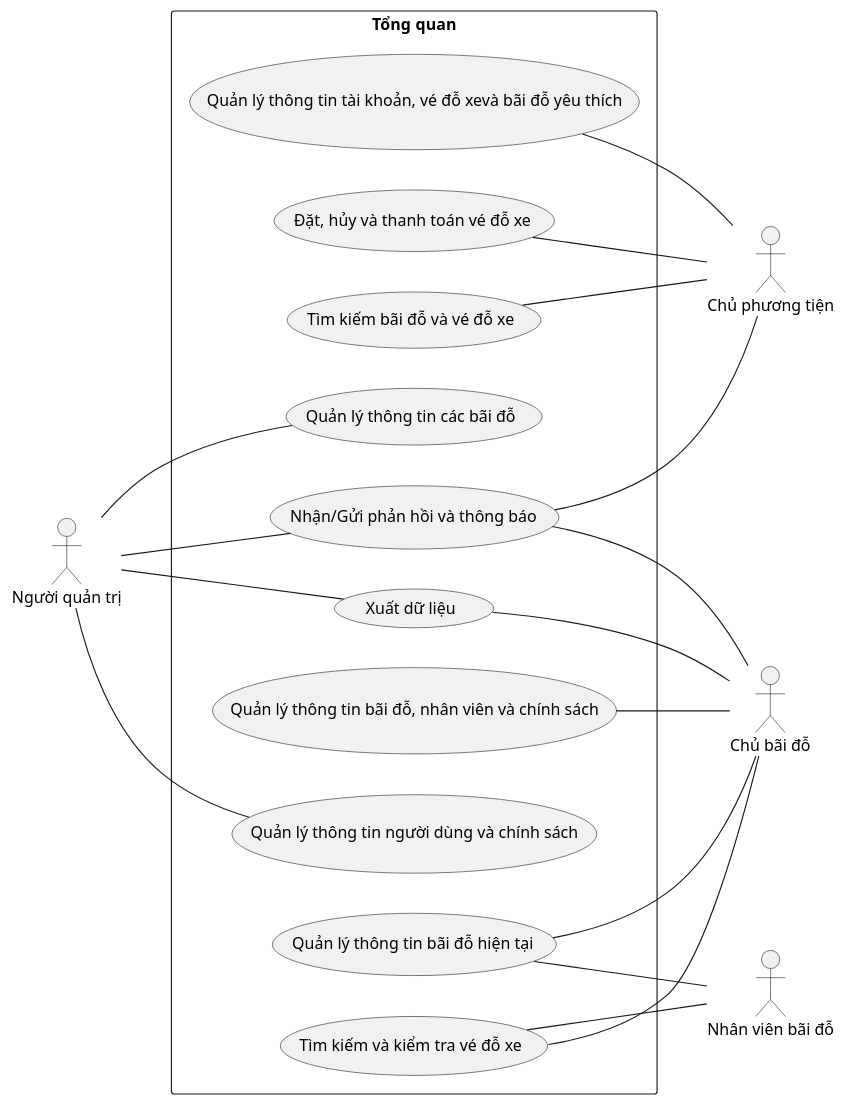
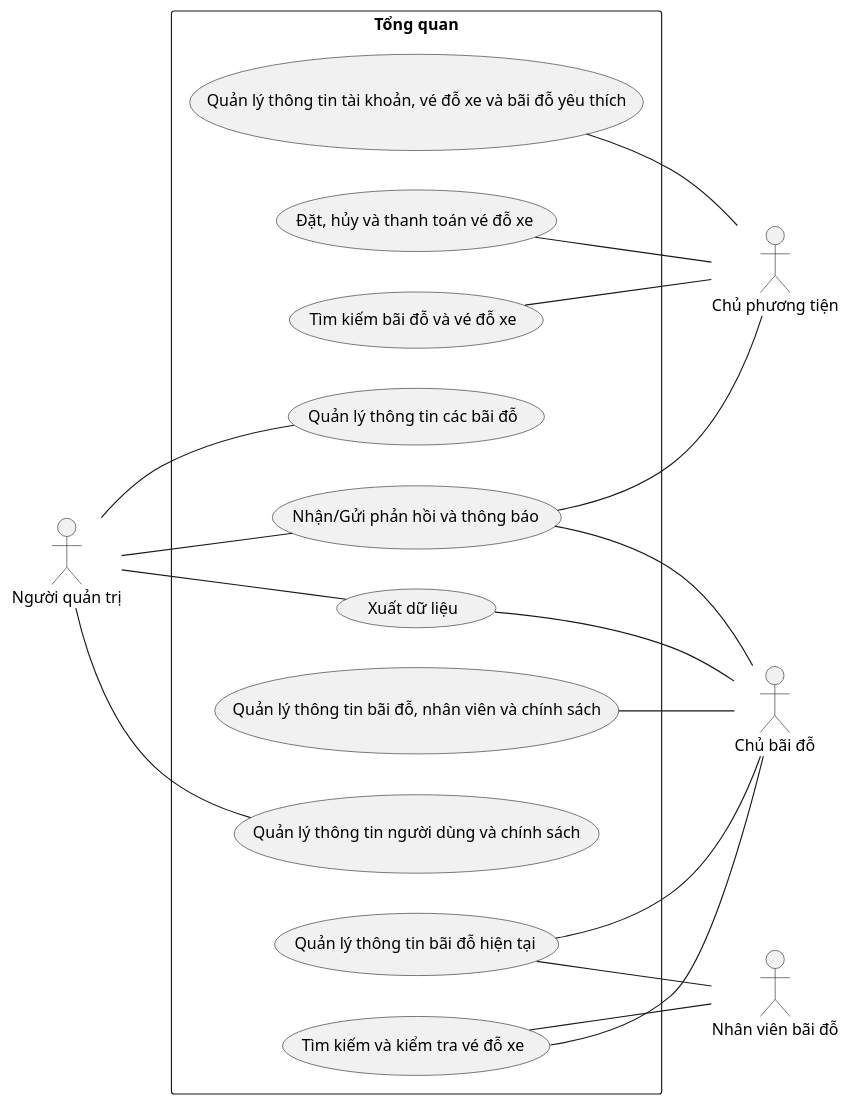
The diagram in usecase/general.wsd (hieutbui/graduation-diagram), drawn with PlantUML before and after one commit.

Commit message:
Update use case

```diff
--- a/usecase/general.wsd
+++ b/usecase/general.wsd
@@ -1,32 +1,32 @@
 @startuml general
 
 left to right direction
 skinparam packageStyle rect
 
 actor "Người quản trị" as Admin
 actor "Chủ phương tiện" as VehicleOwner
 actor "Nhân viên bãi đỗ" as ParkingStaff
 actor "Chủ bãi đỗ" as ParkingOwner
 
 rectangle "Tổng quan" as GeneralDiagram {
   'Admin'
     Admin -- (Quản lý thông tin các bãi đỗ)
     Admin -- (Quản lý thông tin người dùng và chính sách)
     Admin -- (Xuất dữ liệu)
     Admin -- (Nhận/Gửi phản hồi và thông báo)
   'ParkingStaff'
     (Quản lý thông tin bãi đỗ hiện tại) -- ParkingStaff
     (Tìm kiếm và kiểm tra vé đỗ xe) -- ParkingStaff
   'ParkingOwner'
     (Quản lý thông tin bãi đỗ, nhân viên và chính sách) -- ParkingOwner
     (Quản lý thông tin bãi đỗ hiện tại) -- ParkingOwner
     (Tìm kiếm và kiểm tra vé đỗ xe) -- ParkingOwner
     (Xuất dữ liệu) -- ParkingOwner
     (Nhận/Gửi phản hồi và thông báo) -- ParkingOwner
   'VehicleOwner'
-    (Quản lý thông tin tài khoản, vé đỗ xevà bãi đỗ yêu thích) -- VehicleOwner
+    (Quản lý thông tin tài khoản, vé đỗ xe và bãi đỗ yêu thích) -- VehicleOwner
     (Đặt, hủy và thanh toán vé đỗ xe) -- VehicleOwner
     (Tìm kiếm bãi đỗ và vé đỗ xe) -- VehicleOwner
     (Nhận/Gửi phản hồi và thông báo) - VehicleOwner
 }
 @enduml
```
